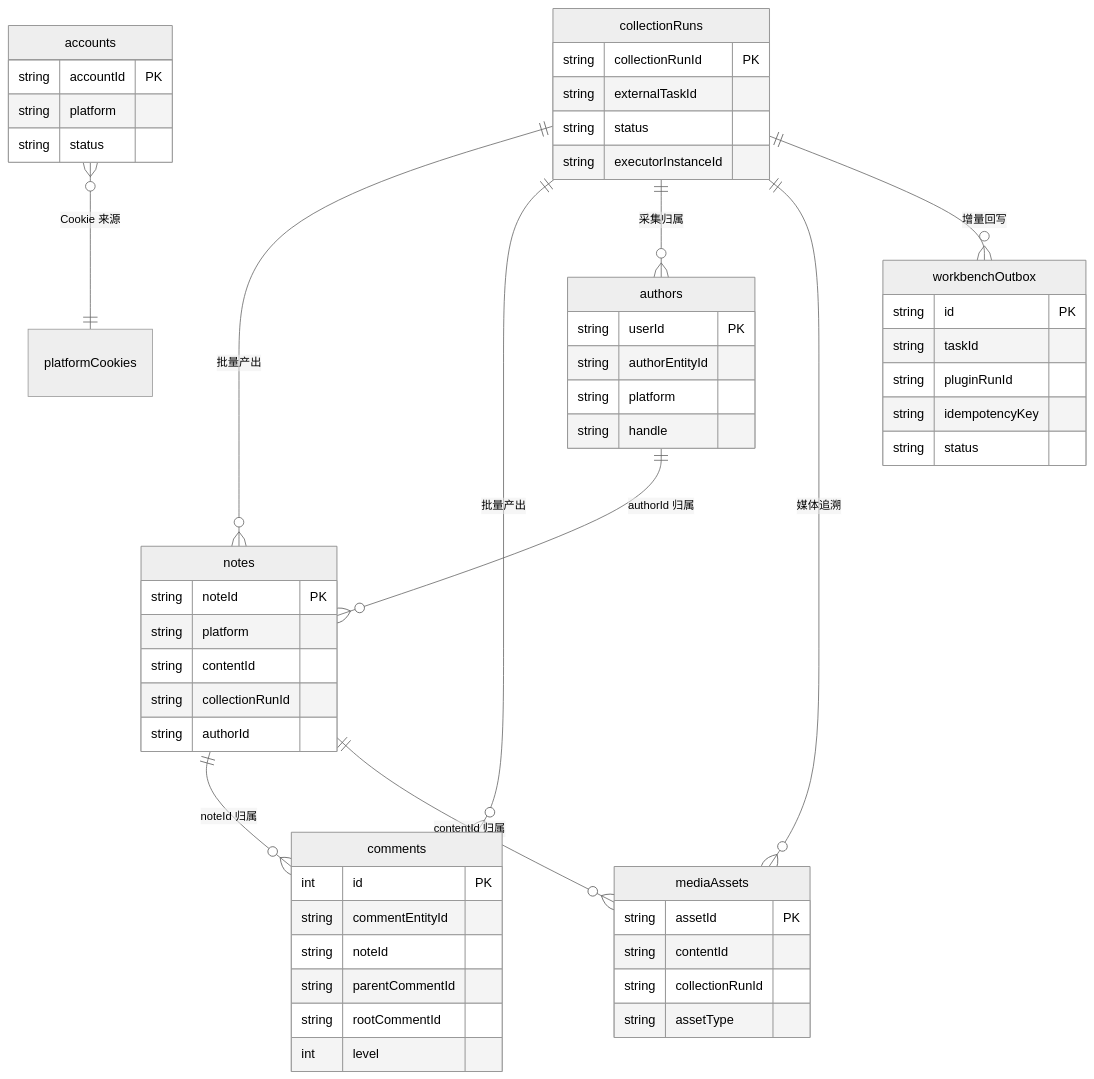
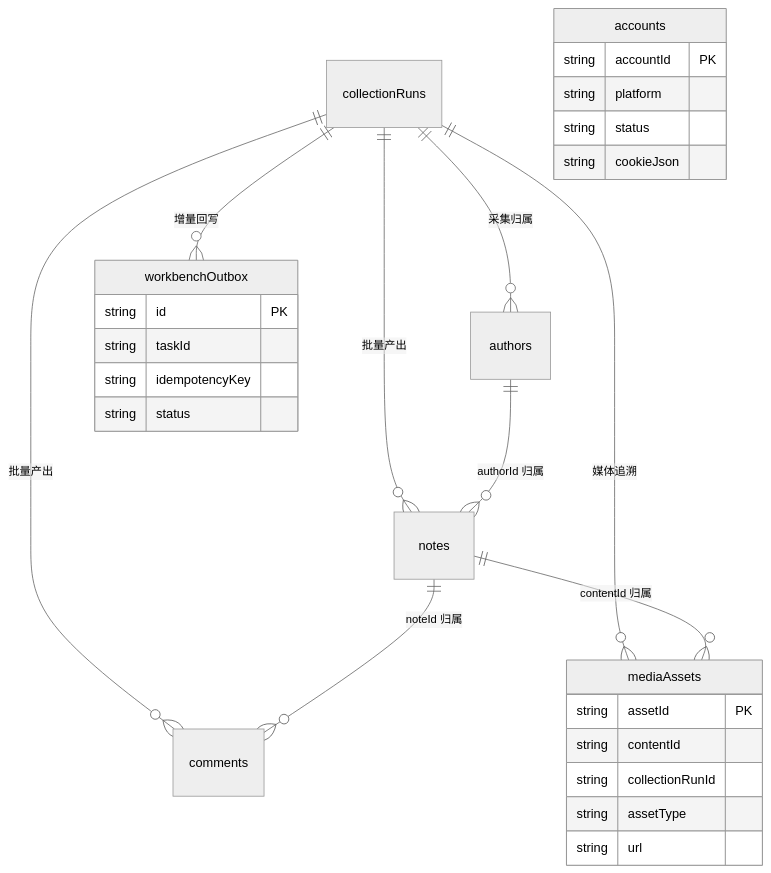
Before and after one commit to Himog0921/linggan-boom: the third of 6 diagrams in docs/product/PRD.md, drawn with Mermaid (neutral theme). The commit also changed other lines of this file and 1 other file, not shown here.

Commit message:
docs: PRD 功能矩阵改写为功能规格库(17 功能规格卡片) + mediaAssets URL 字段补充 + progress 同步

````diff
--- a/docs/product/PRD.md
+++ b/docs/product/PRD.md
@@ -553,57 +572,30 @@
 ```mermaid
 erDiagram
     collectionRuns ||--o{ notes : "批量产出"
     collectionRuns ||--o{ comments : "批量产出"
     collectionRuns ||--o{ authors : "采集归属"
     collectionRuns ||--o{ mediaAssets : "媒体追溯"
     collectionRuns ||--o{ workbenchOutbox : "增量回写"
     notes ||--o{ comments : "noteId 归属"
     notes ||--o{ mediaAssets : "contentId 归属"
     authors ||--o{ notes : "authorId 归属"
-    accounts }o--|| platformCookies : "Cookie 来源"
-    notes {
-        string noteId PK
+    accounts {
+        string accountId PK
         string platform
-        string contentId
-        string collectionRunId
-        string authorId
-    }
-    comments {
-        int id PK
-        string commentEntityId
-        string noteId
-        string parentCommentId
-        string rootCommentId
-        int level
-    }
-    authors {
-        string userId PK
-        string authorEntityId
-        string platform
-        string handle
-    }
-    collectionRuns {
-        string collectionRunId PK
-        string externalTaskId
         string status
-        string executorInstanceId
+        string cookieJson
     }
     mediaAssets {
         string assetId PK
         string contentId
         string collectionRunId
         string assetType
+        string url
     }
     workbenchOutbox {
         string id PK
         string taskId
-        string pluginRunId
         string idempotencyKey
         string status
     }
-    accounts {
-        string accountId PK
-        string platform
-        string status
-    }
 ```
````
